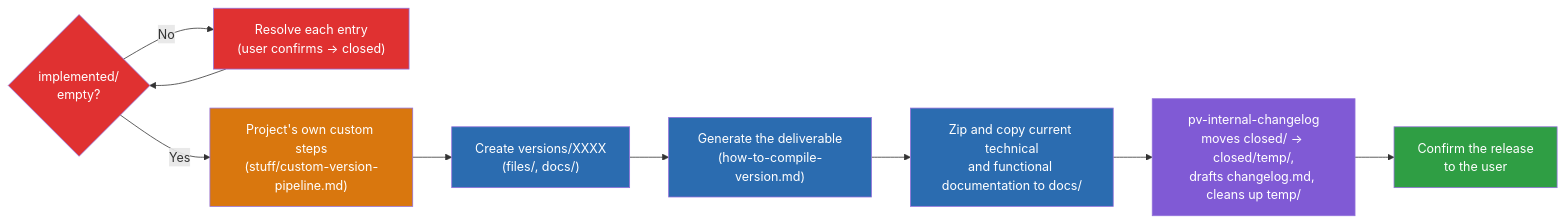
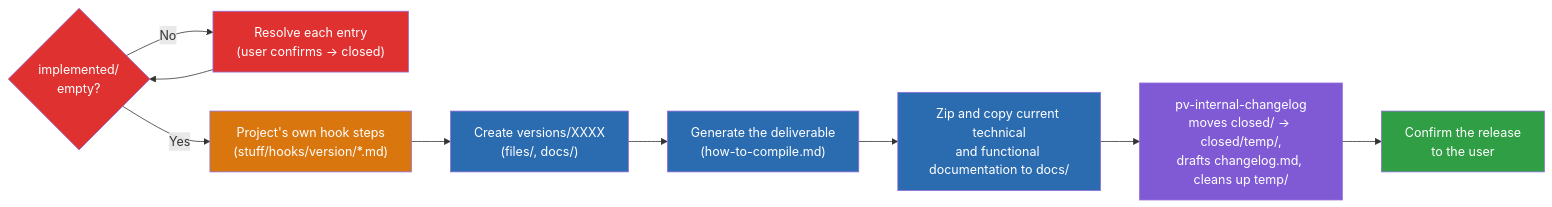
The diagram in .claude/skills/pv-version/version-flow-diagram.template.md (yeyopepe/previo-sdd), drawn with Mermaid before and after one commit. The commit also changed other lines of this file and 18 other files, not shown here.

````diff
--- a/.claude/skills/pv-version/version-flow-diagram.template.md
+++ b/.claude/skills/pv-version/version-flow-diagram.template.md
@@ -5,25 +5,25 @@
 ```mermaid
 flowchart LR
     Guard{"implemented/\nempty?"}
     Resolve["Resolve each entry\n(user confirms → closed)"]
-    Custom["Project's own custom steps\n(stuff/custom-version-pipeline.md)"]
+    Custom["Project's own hook steps\n(stuff/hooks/version/*.md)"]
     Folder["Create versions/XXXX\n(files/, docs/)"]
-    Compile["Generate the deliverable\n(how-to-compile-version.md)"]
+    Compile["Generate the deliverable\n(how-to-compile.md)"]
     Docs["Zip and copy current technical\nand functional documentation to docs/"]
     Changelog["pv-internal-changelog\nmoves closed/ → closed/temp/,\ndrafts changelog.md, cleans up temp/"]
     Confirm["Confirm the release\nto the user"]
 
     Guard -- No --> Resolve --> Guard
     Guard -- Yes --> Custom --> Folder --> Compile --> Docs --> Changelog --> Confirm
 
     classDef guardrail fill:#e03131,color:#fff
     classDef core fill:#2b6cb0,color:#fff
     classDef internal fill:#805ad5,color:#fff
     classDef extension fill:#d9770e,color:#fff
     classDef done fill:#2f9e44,color:#fff
     class Guard,Resolve guardrail
     class Folder,Compile,Docs core
     class Changelog internal
     class Custom extension
     class Confirm done
 ```
````
